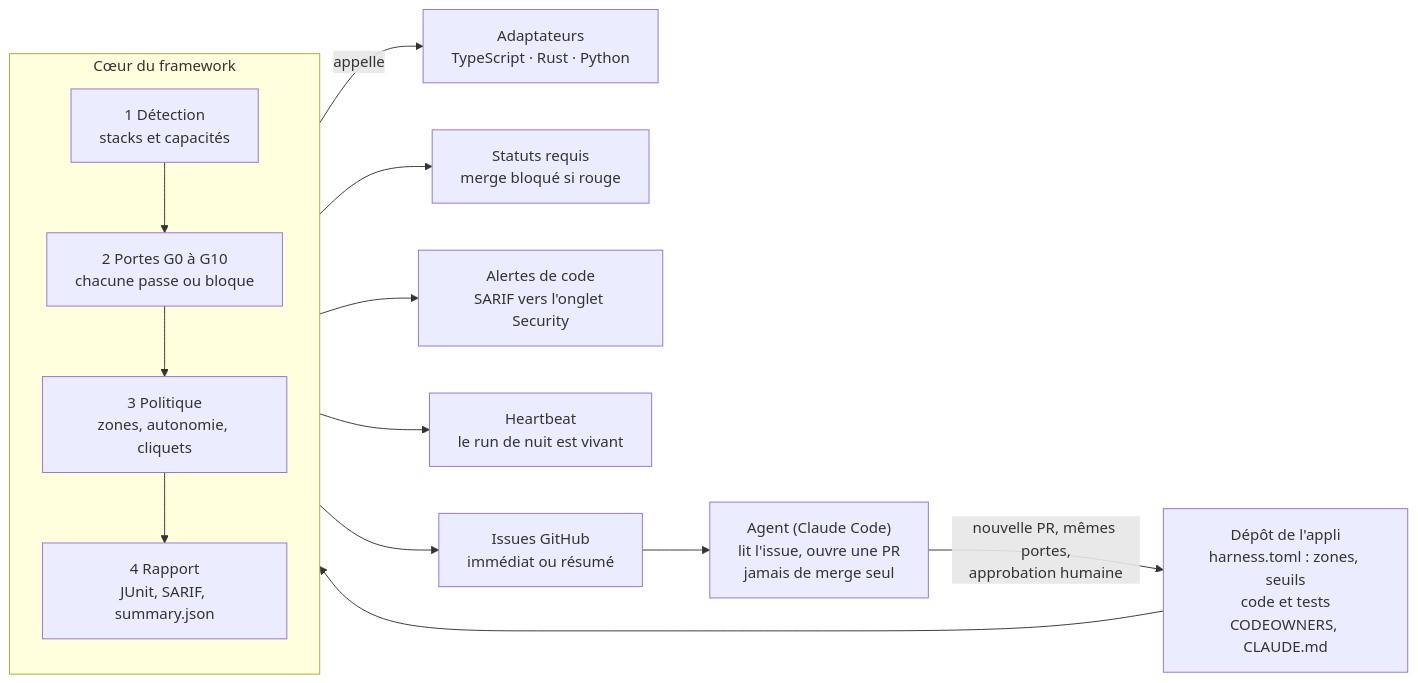
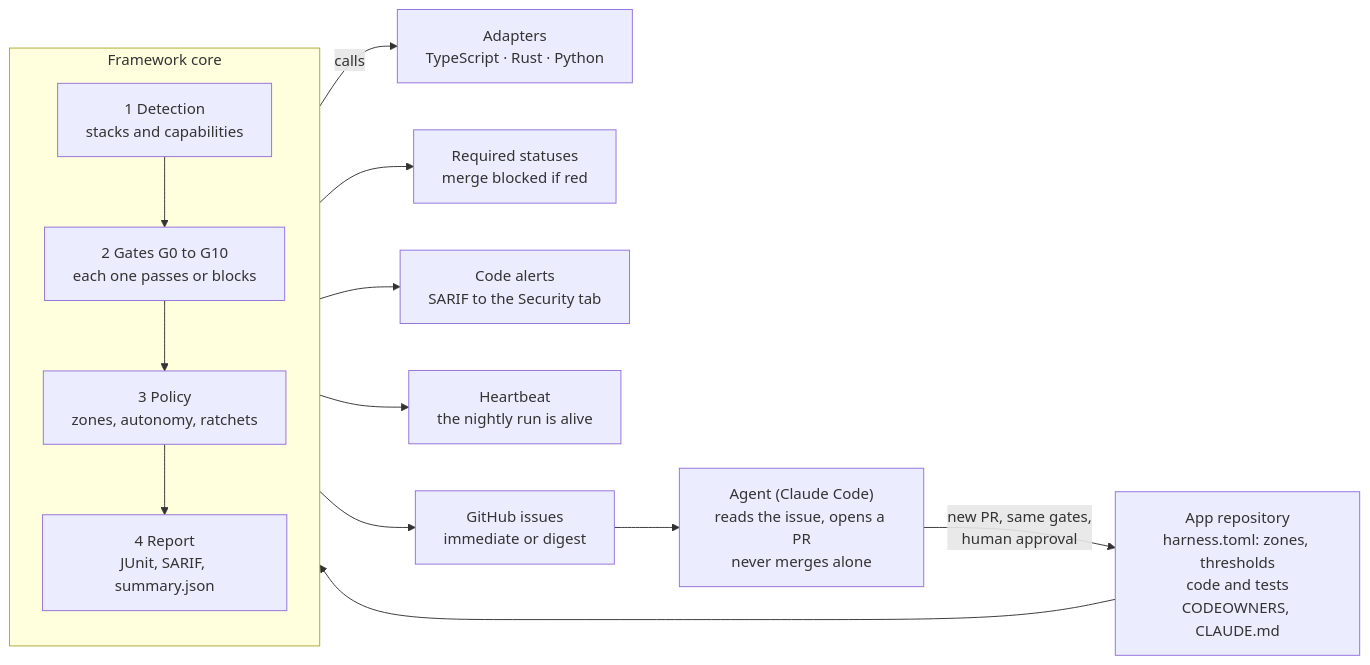
The diagram in README.md (beskar-ci/forge), drawn with Mermaid before and after one commit. The commit also changed other lines of this file, not shown here.

````diff
--- a/README.md
+++ b/README.md
@@ -101,19 +101,19 @@
 ```mermaid
 flowchart LR
-  repo["Dépôt de l'appli<br/>harness.toml : zones, seuils<br/>code et tests<br/>CODEOWNERS, CLAUDE.md"]
-  subgraph core["Cœur du framework"]
+  repo["App repository<br/>harness.toml: zones, thresholds<br/>code and tests<br/>CODEOWNERS, CLAUDE.md"]
+  subgraph core["Framework core"]
     direction TB
-    d["1 Détection<br/>stacks et capacités"] --> g["2 Portes G0 à G10<br/>chacune passe ou bloque"]
-    g --> p["3 Politique<br/>zones, autonomie, cliquets"]
-    p --> r["4 Rapport<br/>JUnit, SARIF, summary.json"]
+    d["1 Detection<br/>stacks and capabilities"] --> g["2 Gates G0 to G10<br/>each one passes or blocks"]
+    g --> p["3 Policy<br/>zones, autonomy, ratchets"]
+    p --> r["4 Report<br/>JUnit, SARIF, summary.json"]
   end
-  ad["Adaptateurs<br/>TypeScript · Rust · Python"]
+  ad["Adapters<br/>TypeScript · Rust · Python"]
   repo --> core
-  core -- appelle --> ad
-  r --> s["Statuts requis<br/>merge bloqué si rouge"]
-  r --> sa["Alertes de code<br/>SARIF vers l'onglet Security"]
-  r --> h["Heartbeat<br/>le run de nuit est vivant"]
-  r --> i["Issues GitHub<br/>immédiat ou résumé"]
-  i --> ag["Agent (Claude Code)<br/>lit l'issue, ouvre une PR<br/>jamais de merge seul"]
-  ag -- "nouvelle PR, mêmes portes,<br/>approbation humaine" --> repo
+  core -- calls --> ad
+  r --> s["Required statuses<br/>merge blocked if red"]
+  r --> sa["Code alerts<br/>SARIF to the Security tab"]
+  r --> h["Heartbeat<br/>the nightly run is alive"]
+  r --> i["GitHub issues<br/>immediate or digest"]
+  i --> ag["Agent (Claude Code)<br/>reads the issue, opens a PR<br/>never merges alone"]
+  ag -- "new PR, same gates,<br/>human approval" --> repo
 ```
````
